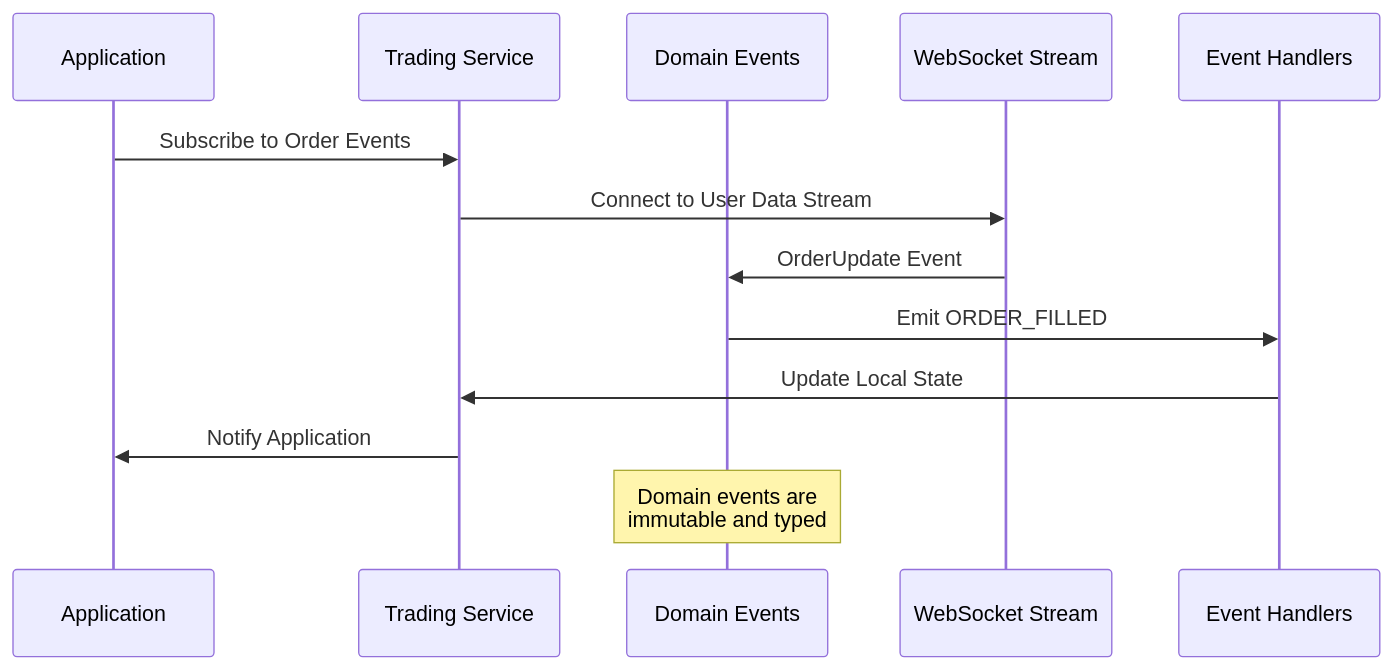
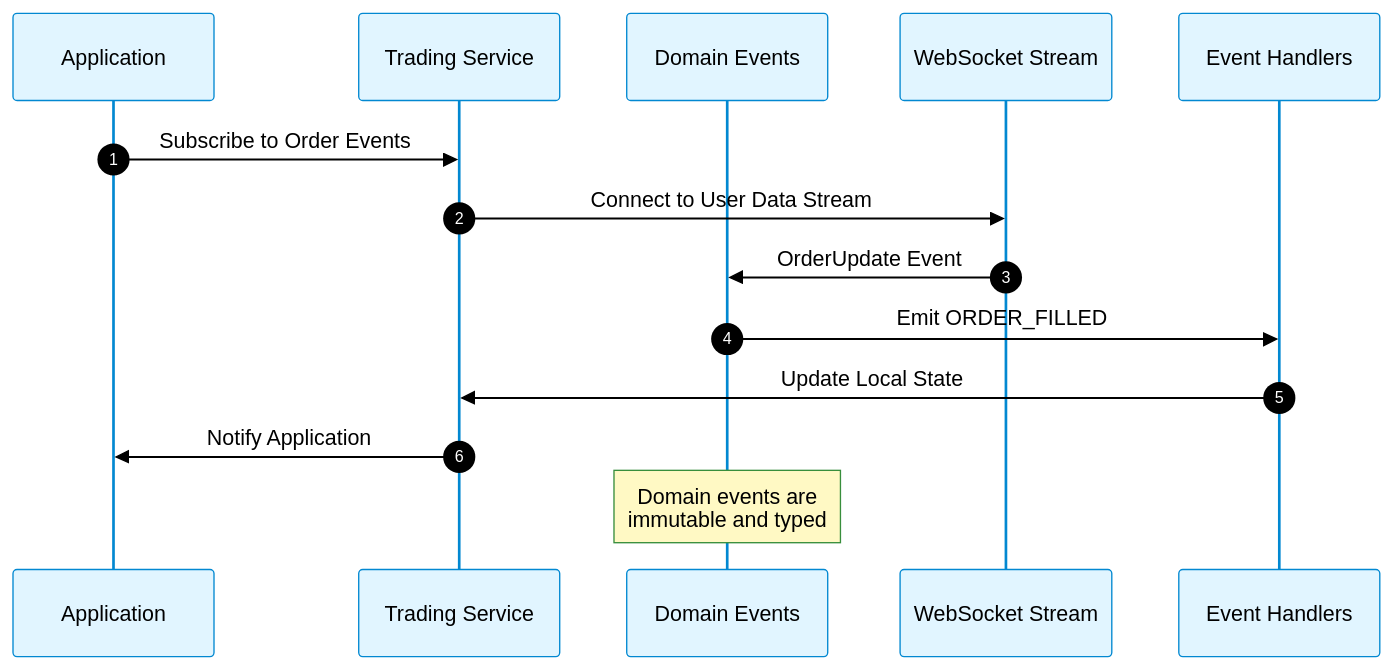
One commit to ArmandRicheletKleinberg/Ark.Alliance.Trading.Providers.Lib changed the second of 10 diagrams in README.md. Above: the diagram before and after it, drawn with Mermaid. The commit also changed other lines of this file, not shown here.

First line of the commit message:
enhance: professional styling for main README mermaid diagrams

````diff
--- a/README.md
+++ b/README.md
@@ -142,17 +150,19 @@
 ```mermaid
+%%{init: {'theme':'base', 'themeVariables': { 'primaryColor':'#e1f5ff','actorBkg':'#e1f5ff','actorBorder':'#0288d1','actorTextColor':'#000','signalColor':'#000','signalTextColor':'#000','labelBoxBkgColor':'#fff4e1','labelBoxBorderColor':'#f57c00','labelTextColor':'#000','loopTextColor':'#000','noteBorderColor':'#388e3c','noteBkgColor':'#fff9c4','noteTextColor':'#000','activationBorderColor':'#0288d1','activationBkgColor':'#bbdefb','sequenceNumberColor':'#fff'}}}%%
 sequenceDiagram
+    autonumber
     participant Client as Application
     participant Service as Trading Service
     participant Domain as Domain Events
     participant WS as WebSocket Stream
     participant Handlers as Event Handlers
     
     Client->>Service: Subscribe to Order Events
     Service->>WS: Connect to User Data Stream
     WS->>Domain: OrderUpdate Event
     Domain->>Handlers: Emit ORDER_FILLED
     Handlers->>Service: Update Local State
     Service->>Client: Notify Application
     
     Note over Domain: Domain events are<br/>immutable and typed
 ```
````
